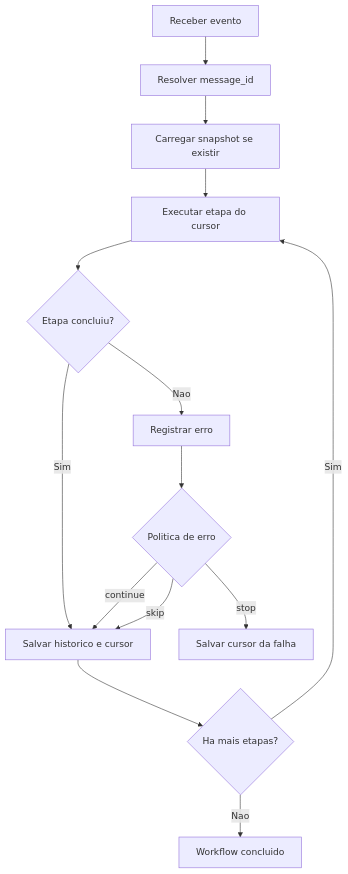
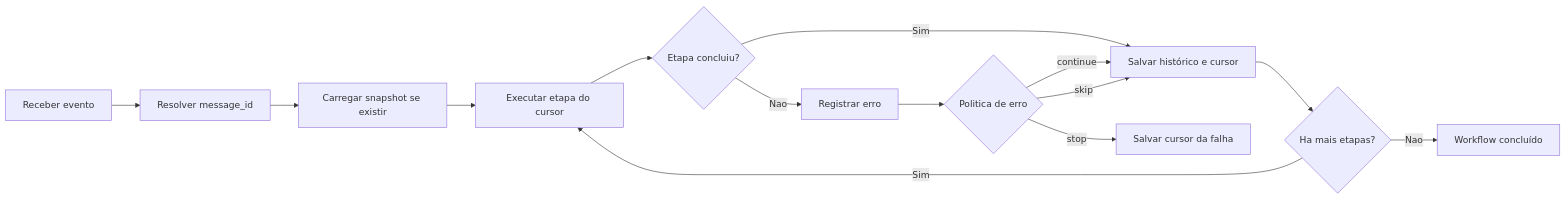
One commit to raywall/routing-slip-pattern changed the diagram in studio/docs/content/02-construindo-workflows/01-como-funciona.md. Above: the diagram before and after it, drawn with Mermaid. The commit also changed other lines of this file and 40 other files, not shown here.

````diff
--- a/studio/docs/content/02-construindo-workflows/01-como-funciona.md
+++ b/studio/docs/content/02-construindo-workflows/01-como-funciona.md
@@ -7,16 +7,16 @@
 ```mermaid
-flowchart TD
+flowchart LR
   A[Receber evento] --> B[Resolver message_id]
   B --> C[Carregar snapshot se existir]
   C --> D[Executar etapa do cursor]
   D --> E{Etapa concluiu?}
-  E -- Sim --> F[Salvar historico e cursor]
+  E -- Sim --> F[Salvar histórico e cursor]
   E -- Nao --> G[Registrar erro]
   G --> H{Politica de erro}
   H -- stop --> I[Salvar cursor da falha]
   H -- continue --> F
   H -- skip --> F
   F --> J{Ha mais etapas?}
   J -- Sim --> D
-  J -- Nao --> K[Workflow concluido]
+  J -- Nao --> K[Workflow concluído]
 ```
````
